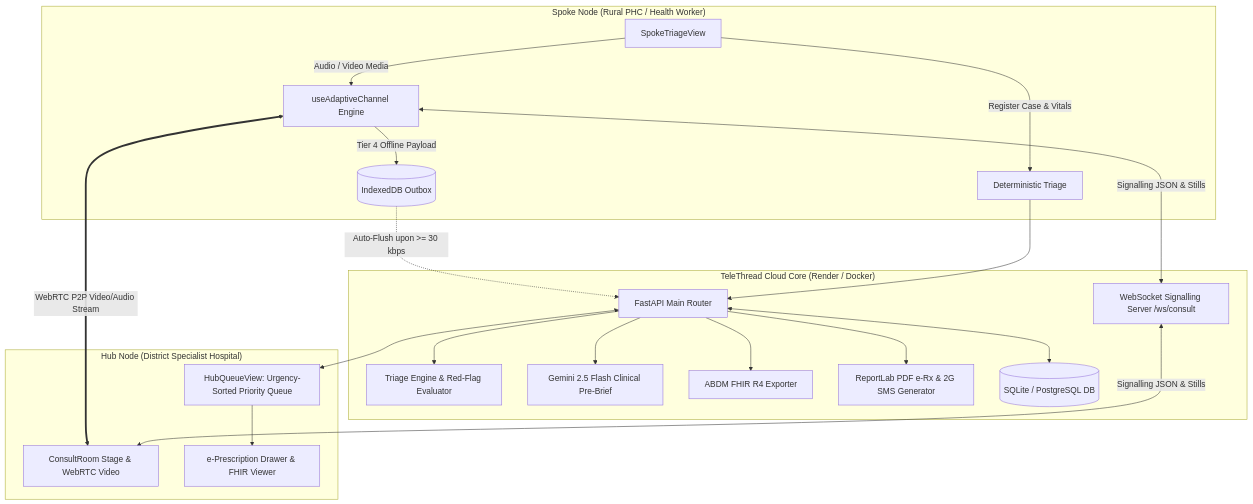
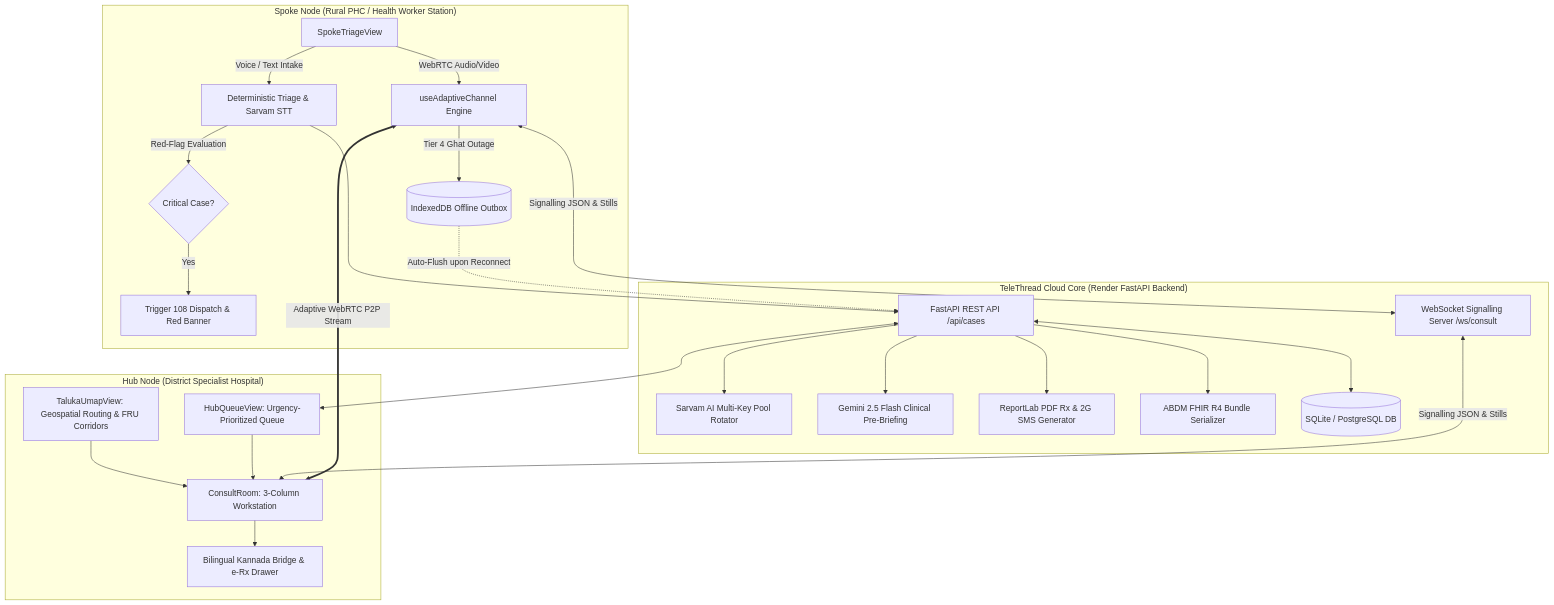
Before and after one commit to abhijithbhat/telethread: the second of 2 diagrams in README.md, drawn with Mermaid. The commit also changed other lines of this file, not shown here.

Commit message:
docs: enhance README with verified clinical architecture, test suites, and judge guide

````diff
--- a/README.md
+++ b/README.md
@@ -67,37 +110,42 @@
 ```mermaid
 flowchart TD
-    subgraph Spoke_PHC["Spoke Node (Rural PHC / Health Worker)"]
-        A[SpokeTriageView] -->|Register Case & Vitals| B[Deterministic Triage]
-        A -->|Audio / Video Media| C[useAdaptiveChannel Engine]
-        C -->|Tier 4 Offline Payload| D[(IndexedDB Outbox)]
+    subgraph Spoke_PHC["Spoke Node (Rural PHC / Health Worker Station)"]
+        A[SpokeTriageView] -->|Voice / Text Intake| B[Deterministic Triage & Sarvam STT]
+        B -->|Red-Flag Evaluation| C{Critical Case?}
+        C -->|Yes| D[Trigger 108 Dispatch & Red Banner]
+        A -->|WebRTC Audio/Video| E[useAdaptiveChannel Engine]
+        E -->|Tier 4 Ghat Outage| F[(IndexedDB Offline Outbox)]
     end
 
-    subgraph Cloud_Core["TeleThread Cloud Core (Render / Docker)"]
-        E[FastAPI Main Router]
-        F[WebSocket Signalling Server /ws/consult]
-        G[Triage Engine & Red-Flag Evaluator]
-        H[Gemini 2.5 Flash Clinical Pre-Brief]
-        I[ABDM FHIR R4 Exporter]
-        J[ReportLab PDF e-Rx & 2G SMS Generator]
-        K[(SQLite / PostgreSQL DB)]
+    subgraph Cloud_Core["TeleThread Cloud Core (Render FastAPI Backend)"]
+        G[FastAPI REST API /api/cases]
+        H[WebSocket Signalling Server /ws/consult]
+        I[Sarvam AI Multi-Key Pool Rotator]
+        J[Gemini 2.5 Flash Clinical Pre-Briefing]
+        K[ReportLab PDF Rx & 2G SMS Generator]
+        L[ABDM FHIR R4 Bundle Serializer]
+        M[(SQLite / PostgreSQL DB)]
     end
 
     subgraph Hub_Hospital["Hub Node (District Specialist Hospital)"]
-        L[HubQueueView: Urgency-Sorted Priority Queue]
-        M[ConsultRoom Stage & WebRTC Video]
-        N[e-Prescription Drawer & FHIR Viewer]
+        N[TalukaUmapView: Geospatial Routing & FRU Corridors]
+        O[HubQueueView: Urgency-Prioritized Queue]
+        P[ConsultRoom: 3-Column Workstation]
+        Q[Bilingual Kannada Bridge & e-Rx Drawer]
     end
 
-    C <===>|WebRTC P2P Video/Audio Stream| M
-    C <--->|Signalling JSON & Stills| F
-    F <--->|Signalling JSON & Stills| M
-    D -.->|Auto-Flush upon >= 30 kbps| E
-    B --> E
-    E <--> K
-    E --> G
-    E --> H
-    E --> I
-    E --> J
-    E <--> L
-    L --> N
+    E <===>|Adaptive WebRTC P2P Stream| P
+    E <--->|Signalling JSON & Stills| H
+    H <--->|Signalling JSON & Stills| P
+    F -.->|Auto-Flush upon Reconnect| G
+    B --> G
+    G <--> M
+    G --> I
+    G --> J
+    G --> K
+    G --> L
+    G <--> O
+    O --> P
+    P --> Q
+    N --> P
 ```
````
